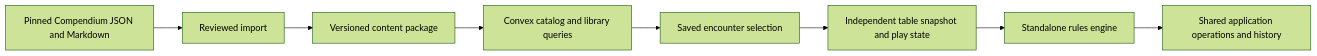
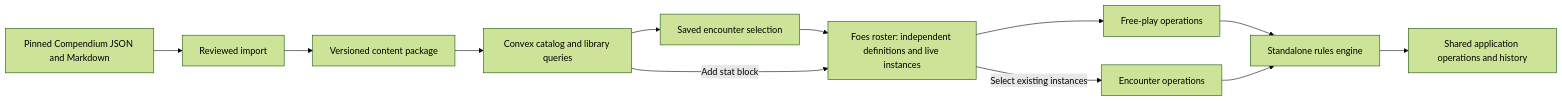
Before and after one commit to illos/salient: the diagram in docs/monster-catalog-spec.md, drawn with Mermaid (forest theme). The commit also changed other lines of this file and 33 other files, not shown here.

````diff
--- a/docs/monster-catalog-spec.md
+++ b/docs/monster-catalog-spec.md
@@ -33,10 +102,14 @@
 ```mermaid
 flowchart LR
   S[Pinned Compendium JSON and Markdown] --> I[Reviewed import]
   I --> P[Versioned content package]
   P --> C[Convex catalog and library queries]
   C --> E[Saved encounter selection]
-  E --> T[Independent table snapshot and play state]
-  T --> R[Standalone rules engine]
+  E --> T[Foes roster: independent definitions and live instances]
+  C -->|Add stat block| T
+  T --> F[Free-play operations]
+  T -->|Select existing instances| B[Encounter operations]
+  F --> R[Standalone rules engine]
+  B --> R
   R --> O[Shared application operations and history]
 ```
````
